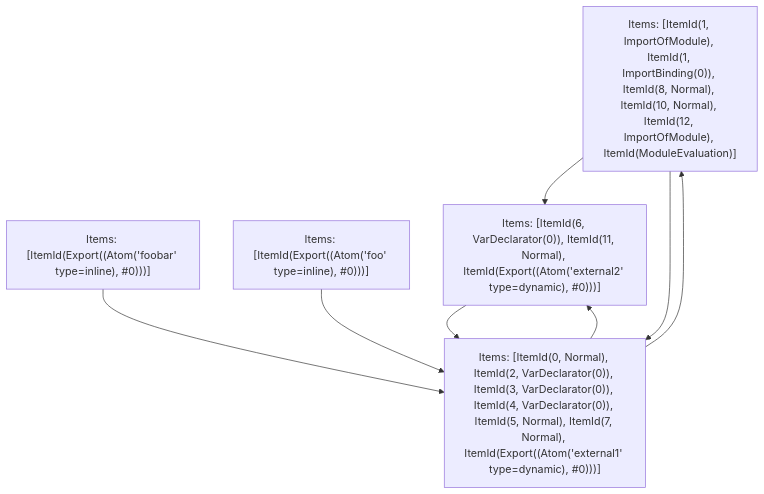
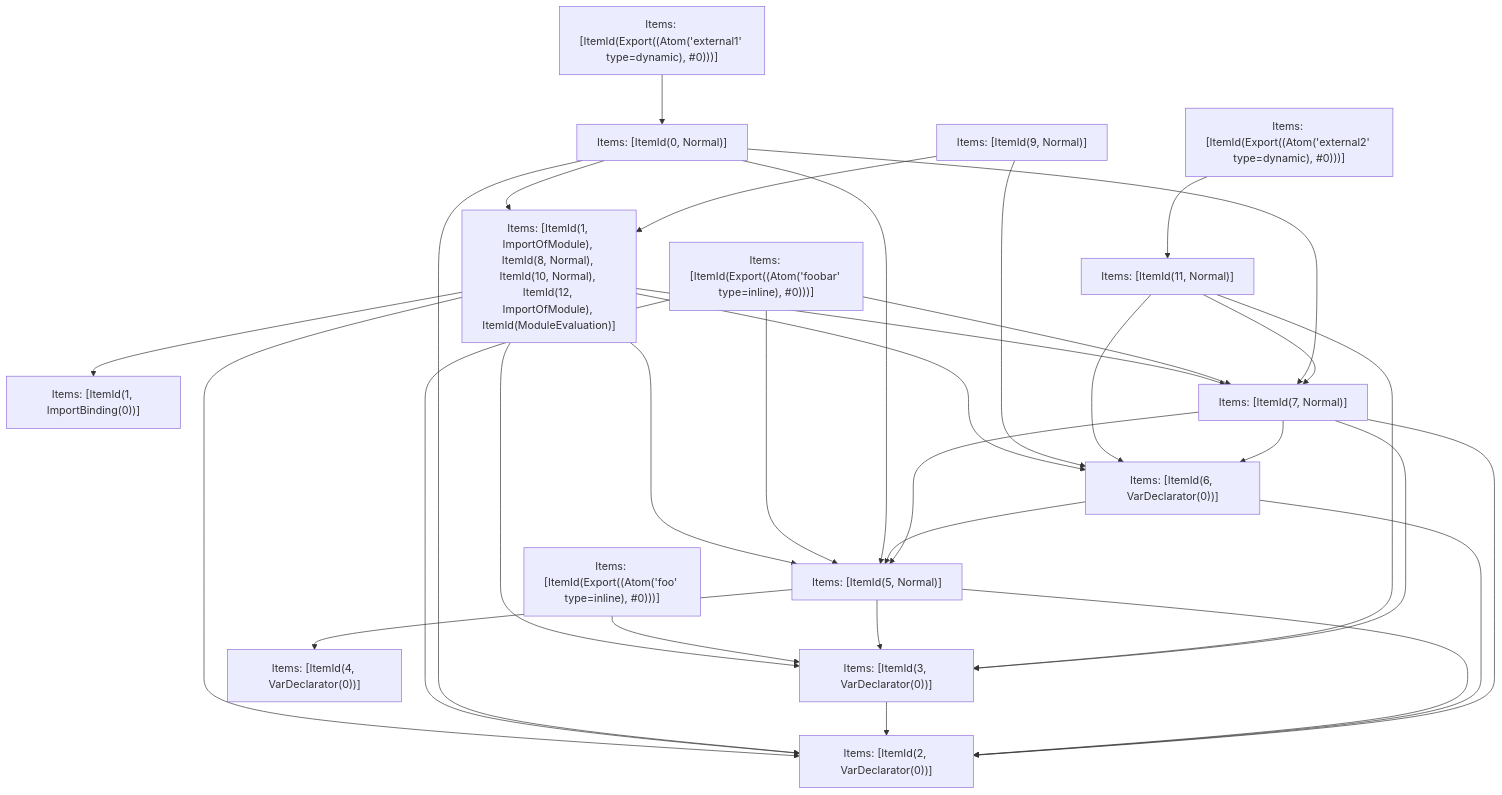
Before and after one commit to vercel/turborepo: the fifth of 5 diagrams in crates/turbopack-ecmascript/tests/tree-shaker/analyzer/2/output.md, drawn with Mermaid. The commit also changed other lines of this file and 3 other files, not shown here.

````diff
--- a/crates/turbopack-ecmascript/tests/tree-shaker/analyzer/2/output.md
+++ b/crates/turbopack-ecmascript/tests/tree-shaker/analyzer/2/output.md
@@ -359,15 +359,49 @@
 ```mermaid
 graph TD
-    N0["Items: [ItemId(1, ImportOfModule), ItemId(1, ImportBinding(0)), ItemId(8, Normal), ItemId(10, Normal), ItemId(12, ImportOfModule), ItemId(ModuleEvaluation)]"];
-    N1["Items: [ItemId(0, Normal), ItemId(2, VarDeclarator(0)), ItemId(3, VarDeclarator(0)), ItemId(4, VarDeclarator(0)), ItemId(5, Normal), ItemId(7, Normal), ItemId(Export((Atom('external1' type=dynamic), #0)))]"];
+    N0["Items: [ItemId(1, ImportOfModule), ItemId(8, Normal), ItemId(10, Normal), ItemId(12, ImportOfModule), ItemId(ModuleEvaluation)]"];
+    N1["Items: [ItemId(Export((Atom('external1' type=dynamic), #0)))]"];
     N2["Items: [ItemId(Export((Atom('foobar' type=inline), #0)))]"];
     N3["Items: [ItemId(Export((Atom('foo' type=inline), #0)))]"];
-    N4["Items: [ItemId(6, VarDeclarator(0)), ItemId(11, Normal), ItemId(Export((Atom('external2' type=dynamic), #0)))]"];
-    N0 --> N4;
-    N0 --> N1;
-    N1 --> N0;
-    N1 --> N4;
-    N2 --> N1;
-    N3 --> N1;
-    N4 --> N1;
+    N4["Items: [ItemId(Export((Atom('external2' type=dynamic), #0)))]"];
+    N5["Items: [ItemId(0, Normal)]"];
+    N6["Items: [ItemId(1, ImportBinding(0))]"];
+    N7["Items: [ItemId(2, VarDeclarator(0))]"];
+    N8["Items: [ItemId(3, VarDeclarator(0))]"];
+    N9["Items: [ItemId(5, Normal)]"];
+    N10["Items: [ItemId(6, VarDeclarator(0))]"];
+    N11["Items: [ItemId(9, Normal)]"];
+    N12["Items: [ItemId(11, Normal)]"];
+    N13["Items: [ItemId(4, VarDeclarator(0))]"];
+    N14["Items: [ItemId(7, Normal)]"];
+    N0 --> N10;
+    N0 --> N7;
+    N0 --> N9;
+    N0 --> N14;
+    N0 --> N8;
+    N0 --> N6;
+    N1 --> N5;
+    N2 --> N7;
+    N2 --> N9;
+    N2 --> N14;
+    N3 --> N8;
+    N4 --> N12;
+    N5 --> N0;
+    N5 --> N7;
+    N5 --> N9;
+    N5 --> N14;
+    N8 --> N7;
+    N9 --> N13;
+    N9 --> N7;
+    N9 --> N8;
+    N10 --> N7;
+    N10 --> N9;
+    N11 --> N10;
+    N11 --> N0;
+    N12 --> N8;
+    N12 --> N10;
+    N12 --> N14;
+    N14 --> N7;
+    N14 --> N9;
+    N14 --> N8;
+    N14 --> N10;
 ```
````
